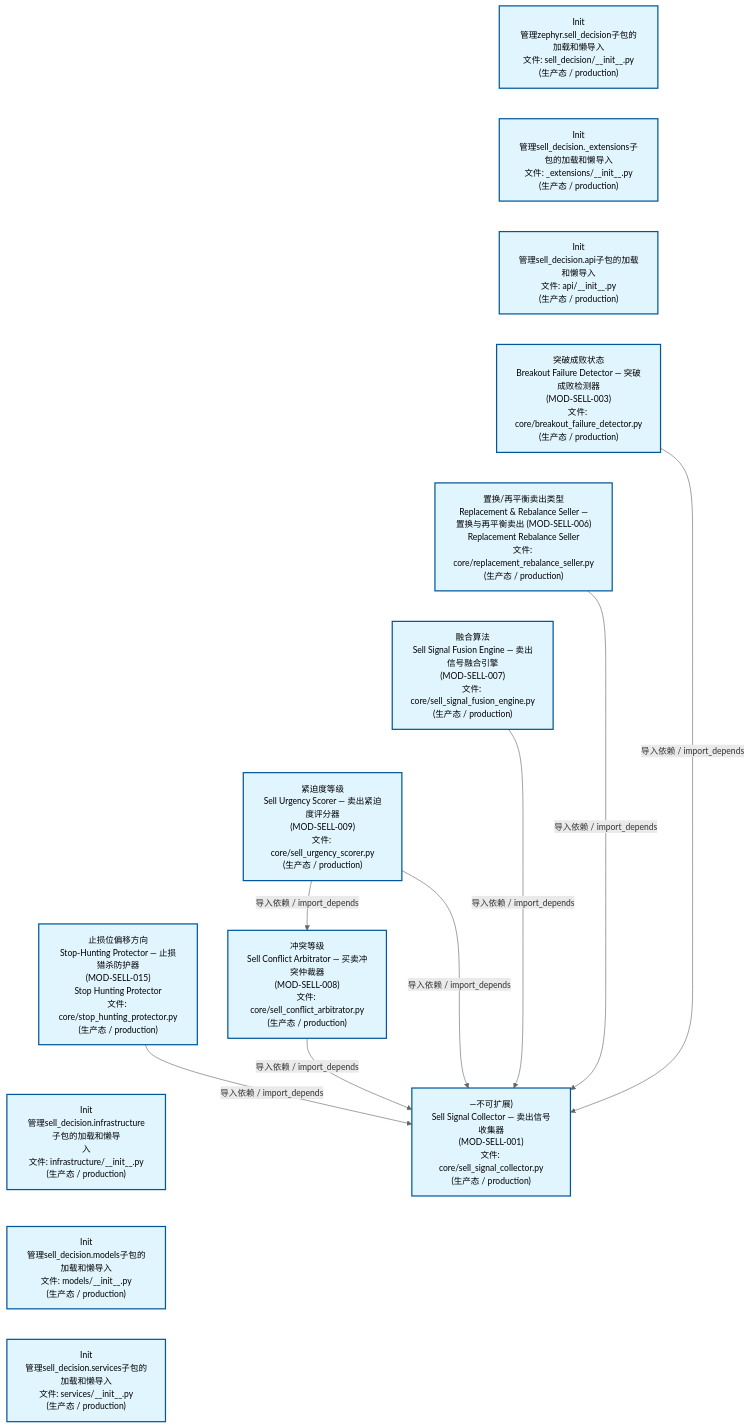
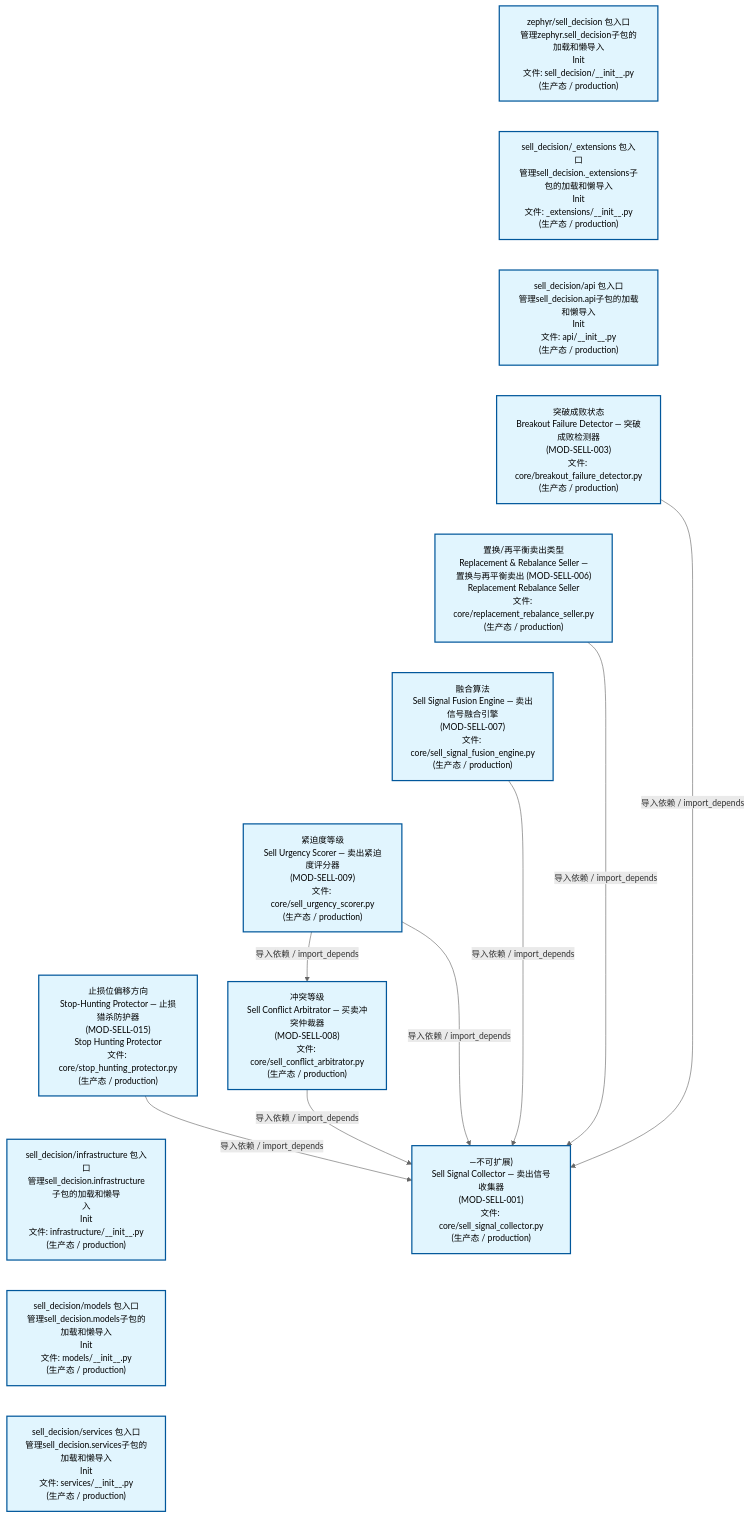
Before and after one commit to xuanFelixVan/ZephyrAlpha: the second of 4 diagrams in docs/02_enterprise_architecture/02_domain_architecture_docs/67_d_sell_decision.md, drawn with Mermaid. The commit also changed other lines of this file and 52 other files, not shown here.

````diff
--- a/docs/02_enterprise_architecture/02_domain_architecture_docs/67_d_sell_decision.md
+++ b/docs/02_enterprise_architecture/02_domain_architecture_docs/67_d_sell_decision.md
@@ -150,39 +150,39 @@
 ```mermaid
 %%{init: {'theme': 'base', 'themeVariables': {'primaryColor': '#eaeaea', 'primaryTextColor': '#333333', 'primaryBorderColor': '#666666', 'lineColor': '#666666', 'secondaryColor': '#eaeaea', 'tertiaryColor': '#eaeaea', 'fontSize': '14px'}}}%%
 flowchart TD
-    src_zephyr_sell_decision_init_py["Init<br/>管理zephyr.sell_decision子包的加载和懒导入<br/>文件: sell_decision/__init__.py<br/>(生产态 / production)"]
-    src_zephyr_sell_decision_extensions_init_py["Init<br/>管理sell_decision._extensions子包的加载和懒导入<br/>文件: _extensions/__init__.py<br/>(生产态 / production)"]
-    src_zephyr_sell_decision_api_init_py["Init<br/>管理sell_decision.api子包的加载和懒导入<br/>文件: api/__init__.py<br/>(生产态 / production)"]
+    src_zephyr_sell_decision_init_py["zephyr/sell_decision 包入口<br/>管理zephyr.sell_decision子包的加载和懒导入<br/>Init<br/>文件: sell_decision/__init__.py<br/>(生产态 / production)"]
+    src_zephyr_sell_decision_extensions_init_py["sell_decision/_extensions 包入口<br/>管理sell_decision._extensions子包的加载和懒导入<br/>Init<br/>文件: _extensions/__init__.py<br/>(生产态 / production)"]
+    src_zephyr_sell_decision_api_init_py["sell_decision/api 包入口<br/>管理sell_decision.api子包的加载和懒导入<br/>Init<br/>文件: api/__init__.py<br/>(生产态 / production)"]
     src_zephyr_sell_decision_core_breakout_failure_detector_py["突破成败状态<br/>Breakout Failure Detector — 突破成败检测器<br/>(MOD-SELL-003)<br/>文件: core/breakout_failure_detector.py<br/>(生产态 / production)"]
     src_zephyr_sell_decision_core_replacement_rebalance_seller_py["置换/再平衡卖出类型<br/>Replacement & Rebalance Seller —<br/>置换与再平衡卖出 (MOD-SELL-006)<br/>Replacement Rebalance Seller<br/>文件: core/replacement_rebalance_seller.py<br/>(生产态 / production)"]
     src_zephyr_sell_decision_core_sell_signal_fusion_engine_py["融合算法<br/>Sell Signal Fusion Engine — 卖出信号融合引擎<br/>(MOD-SELL-007)<br/>文件: core/sell_signal_fusion_engine.py<br/>(生产态 / production)"]
     src_zephyr_sell_decision_core_sell_urgency_scorer_py["紧迫度等级<br/>Sell Urgency Scorer — 卖出紧迫度评分器<br/>(MOD-SELL-009)<br/>文件: core/sell_urgency_scorer.py<br/>(生产态 / production)"]
     src_zephyr_sell_decision_core_stop_hunting_protector_py["止损位偏移方向<br/>Stop-Hunting Protector — 止损猎杀防护器<br/>(MOD-SELL-015)<br/>Stop Hunting Protector<br/>文件: core/stop_hunting_protector.py<br/>(生产态 / production)"]
-    src_zephyr_sell_decision_infrastructure_init_py["Init<br/>管理sell_decision.infrastructure子包的加载和懒导<br/>入<br/>文件: infrastructure/__init__.py<br/>(生产态 / production)"]
-    src_zephyr_sell_decision_models_init_py["Init<br/>管理sell_decision.models子包的加载和懒导入<br/>文件: models/__init__.py<br/>(生产态 / production)"]
-    src_zephyr_sell_decision_services_init_py["Init<br/>管理sell_decision.services子包的加载和懒导入<br/>文件: services/__init__.py<br/>(生产态 / production)"]
+    src_zephyr_sell_decision_infrastructure_init_py["sell_decision/infrastructure 包入口<br/>管理sell_decision.infrastructure子包的加载和懒导<br/>入<br/>Init<br/>文件: infrastructure/__init__.py<br/>(生产态 / production)"]
+    src_zephyr_sell_decision_models_init_py["sell_decision/models 包入口<br/>管理sell_decision.models子包的加载和懒导入<br/>Init<br/>文件: models/__init__.py<br/>(生产态 / production)"]
+    src_zephyr_sell_decision_services_init_py["sell_decision/services 包入口<br/>管理sell_decision.services子包的加载和懒导入<br/>Init<br/>文件: services/__init__.py<br/>(生产态 / production)"]
     src_zephyr_sell_decision_init_py ~~~ src_zephyr_sell_decision_extensions_init_py
     src_zephyr_sell_decision_extensions_init_py ~~~ src_zephyr_sell_decision_api_init_py
     src_zephyr_sell_decision_api_init_py ~~~ src_zephyr_sell_decision_core_breakout_failure_detector_py
     src_zephyr_sell_decision_core_breakout_failure_detector_py ~~~ src_zephyr_sell_decision_core_replacement_rebalance_seller_py
     src_zephyr_sell_decision_core_replacement_rebalance_seller_py ~~~ src_zephyr_sell_decision_core_sell_signal_fusion_engine_py
     src_zephyr_sell_decision_core_sell_signal_fusion_engine_py ~~~ src_zephyr_sell_decision_core_sell_urgency_scorer_py
     src_zephyr_sell_decision_core_sell_urgency_scorer_py ~~~ src_zephyr_sell_decision_core_stop_hunting_protector_py
     src_zephyr_sell_decision_core_stop_hunting_protector_py ~~~ src_zephyr_sell_decision_infrastructure_init_py
     src_zephyr_sell_decision_infrastructure_init_py ~~~ src_zephyr_sell_decision_models_init_py
     src_zephyr_sell_decision_models_init_py ~~~ src_zephyr_sell_decision_services_init_py
     src_zephyr_sell_decision_core_sell_conflict_arbitrator_py["冲突等级<br/>Sell Conflict Arbitrator — 买卖冲突仲裁器<br/>(MOD-SELL-008)<br/>文件: core/sell_conflict_arbitrator.py<br/>(生产态 / production)"]
     src_zephyr_sell_decision_core_sell_signal_collector_py["—不可扩展)<br/>Sell Signal Collector — 卖出信号收集器<br/>(MOD-SELL-001)<br/>文件: core/sell_signal_collector.py<br/>(生产态 / production)"]
     src_zephyr_sell_decision_core_sell_signal_fusion_engine_py -->|导入依赖 / import_depends| src_zephyr_sell_decision_core_sell_signal_collector_py
     src_zephyr_sell_decision_core_sell_conflict_arbitrator_py -->|导入依赖 / import_depends| src_zephyr_sell_decision_core_sell_signal_collector_py
     src_zephyr_sell_decision_core_stop_hunting_protector_py -->|导入依赖 / import_depends| src_zephyr_sell_decision_core_sell_signal_collector_py
     src_zephyr_sell_decision_core_replacement_rebalance_seller_py -->|导入依赖 / import_depends| src_zephyr_sell_decision_core_sell_signal_collector_py
     src_zephyr_sell_decision_core_sell_urgency_scorer_py -->|导入依赖 / import_depends| src_zephyr_sell_decision_core_sell_conflict_arbitrator_py
     src_zephyr_sell_decision_core_sell_urgency_scorer_py -->|导入依赖 / import_depends| src_zephyr_sell_decision_core_sell_signal_collector_py
     src_zephyr_sell_decision_core_breakout_failure_detector_py -->|导入依赖 / import_depends| src_zephyr_sell_decision_core_sell_signal_collector_py
     classDef production fill:#e1f5fe,stroke:#01579b,stroke-width:2px,color:#000
     classDef design fill:#fff3e0,stroke:#e65100,stroke-width:2px,color:#000,stroke-dasharray: 5 5
     classDef external_prod fill:#e8f4fd,stroke:#0277bd,stroke-width:1px,color:#000
     classDef external_design fill:#fff8e7,stroke:#ef6c00,stroke-width:1px,color:#000,stroke-dasharray: 5 5
     class src_zephyr_sell_decision_init_py,src_zephyr_sell_decision_extensions_init_py,src_zephyr_sell_decision_api_init_py,src_zephyr_sell_decision_core_breakout_failure_detector_py,src_zephyr_sell_decision_core_replacement_rebalance_seller_py,src_zephyr_sell_decision_core_sell_conflict_arbitrator_py,src_zephyr_sell_decision_core_sell_signal_collector_py,src_zephyr_sell_decision_core_sell_signal_fusion_engine_py,src_zephyr_sell_decision_core_sell_urgency_scorer_py,src_zephyr_sell_decision_core_stop_hunting_protector_py,src_zephyr_sell_decision_infrastructure_init_py,src_zephyr_sell_decision_models_init_py,src_zephyr_sell_decision_services_init_py production
 ```
````
